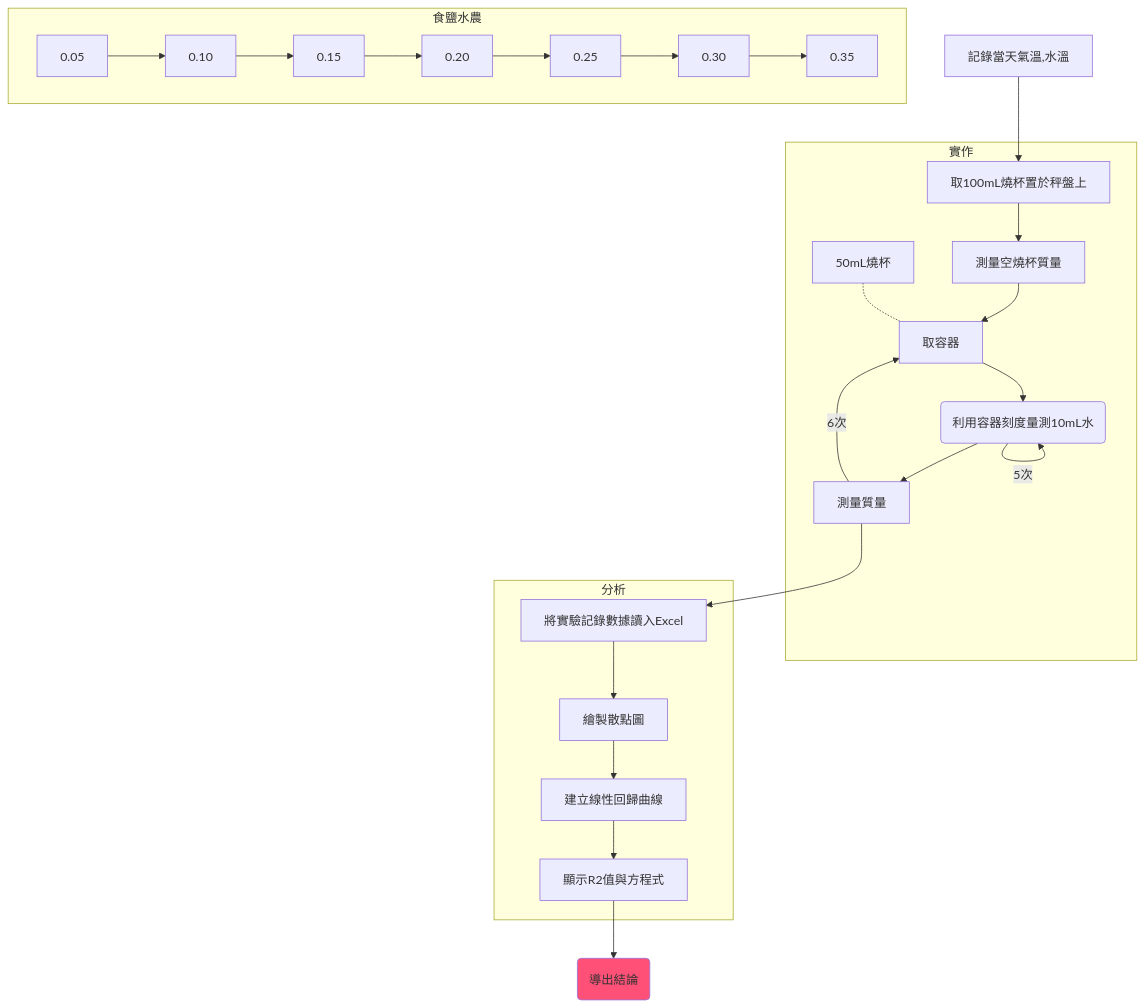
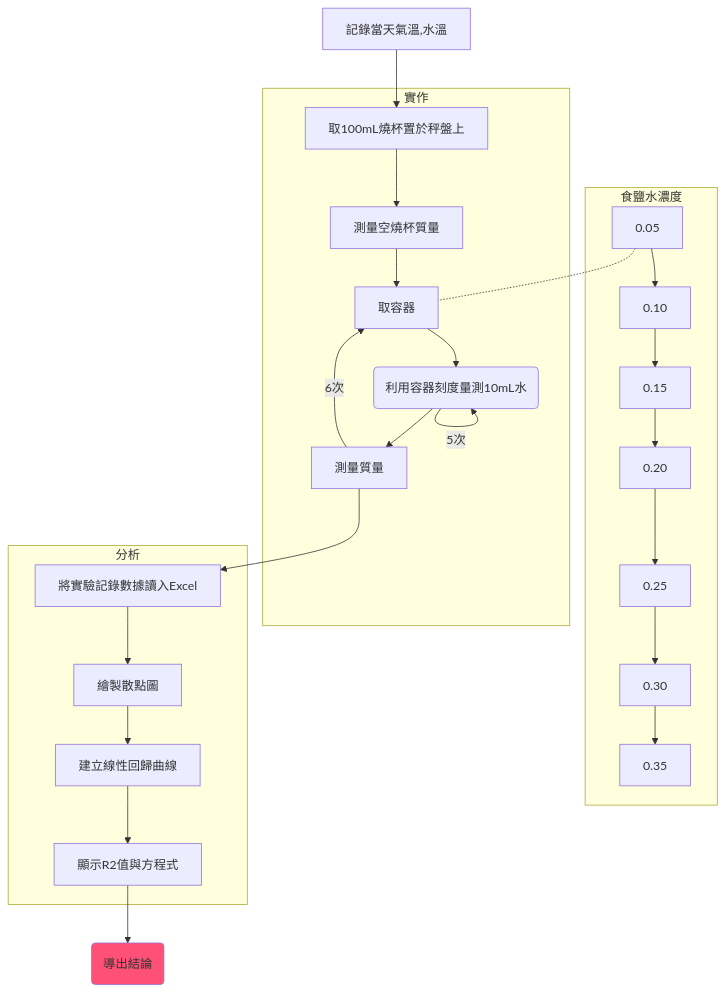
The diagram in Zettelkasten/自然探究.md (Ethane1755/Obsidian), drawn with Mermaid before and after one commit.

Commit message:
Obsidian Backup 2021-09-22 12:58

````diff
--- a/Zettelkasten/自然探究.md
+++ b/Zettelkasten/自然探究.md
@@ -25,20 +25,20 @@
 ```mermaid
 graph TD
 記錄當天氣溫,水溫-->取100mL燒杯置於秤盤上
-subgraph 食鹽水農
+subgraph 食鹽水濃度
 0.05-->0.10-->0.15-->0.20-->0.25-->0.30-->0.35
 end
 subgraph 實作
 取100mL燒杯置於秤盤上-->測量空燒杯質量-->取容器
 取容器-->id1(利用容器刻度量測10mL水)-->測量質量
 id1-->|5次|id1
-50mL燒杯-.-取容器
+0.05-.-取容器
 測量質量-->|6次|取容器
 end
 測量質量-->將實驗記錄數據讀入Excel
 subgraph 分析
 將實驗記錄數據讀入Excel-->繪製散點圖-->建立線性回歸曲線-->顯示R2值與方程式
 end
 顯示R2值與方程式-->id2(導出結論)
 style id2 fill:#FF5177
 ```
````
